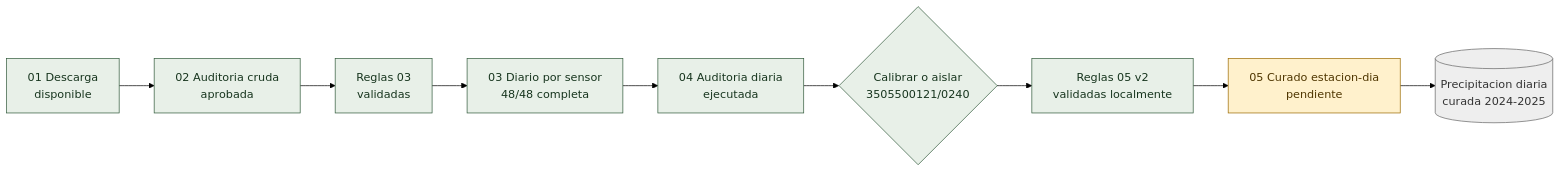
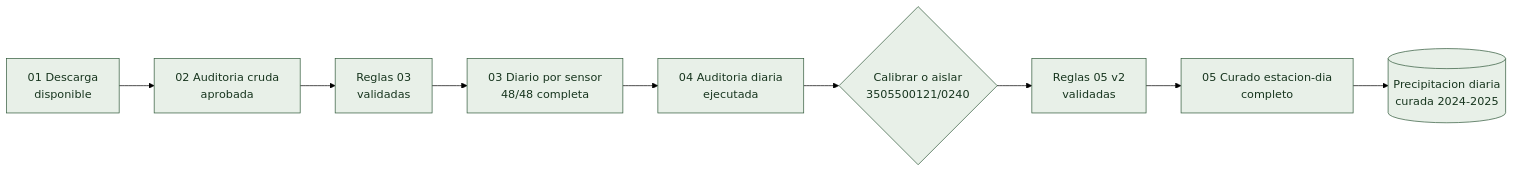
Before and after one commit to cybercolombia/suelosabio: the diagram in docs/climate_pipeline_status/precipitacion.md, drawn with Mermaid (forest theme). The commit also changed other lines of this file and 23 other files, not shown here.

````diff
--- a/docs/climate_pipeline_status/precipitacion.md
+++ b/docs/climate_pipeline_status/precipitacion.md
@@ -16,18 +16,16 @@
 ```mermaid
 flowchart LR
     P01[01 Descarga<br/>disponible] --> P02[02 Auditoria cruda<br/>aprobada]
     P02 --> R03[Reglas 03<br/>validadas]
     R03 --> P03[03 Diario por sensor<br/>48/48 completa]
     P03 --> P04[04 Auditoria diaria<br/>ejecutada]
     P04 --> G{Calibrar o aislar<br/>3505500121/0240}
-    G --> R05[Reglas 05 v2<br/>validadas localmente]
-    R05 --> P05[05 Curado estacion-dia<br/>pendiente]
+    G --> R05[Reglas 05 v2<br/>validadas]
+    R05 --> P05[05 Curado estacion-dia<br/>completo]
     P05 --> CURADO[(Precipitacion diaria<br/>curada 2024-2025)]
 
     classDef done fill:#e8f0e8,stroke:#315a3b,color:#17351e;
     classDef progress fill:#fff1cc,stroke:#9b6a00,color:#4f3600;
     classDef pending fill:#eeeeee,stroke:#666666,color:#333333;
-    class P01,P02,R03,P03,P04,G,R05 done;
-    class P05 progress;
-    class CURADO pending;
+    class P01,P02,R03,P03,P04,G,R05,P05,CURADO done;
 ```
````
